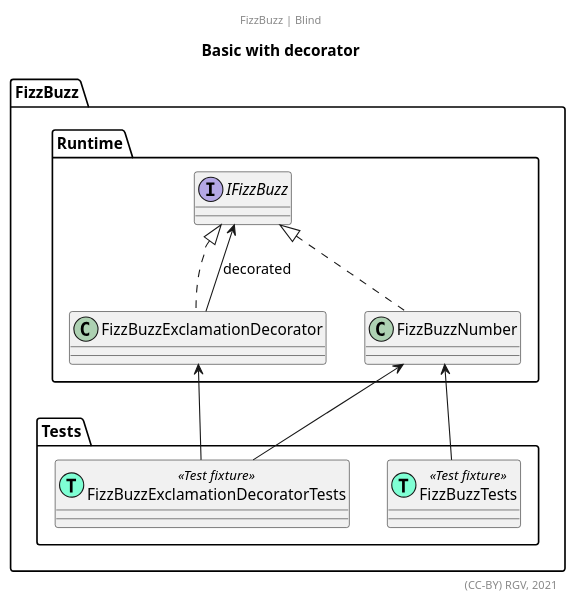
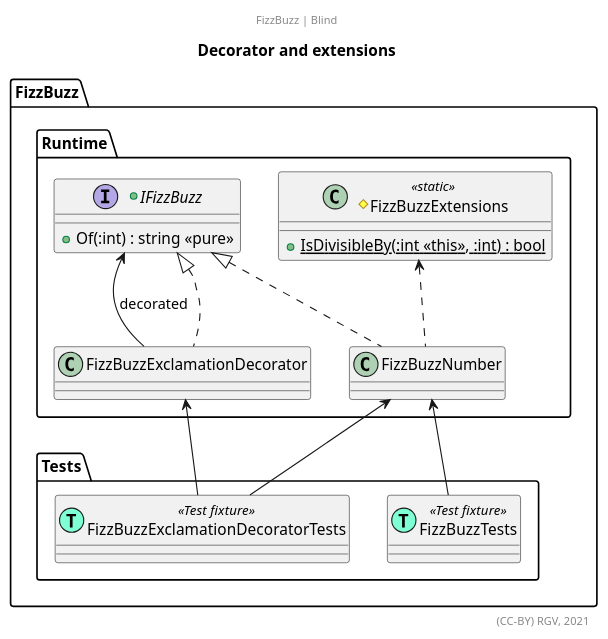
One commit to RicardoGuzmanVelasco/TDDpraxis changed the diagram in Assets/FizzBuzz/Documentation~/Relationships.puml. Above: the diagram before and after it, drawn with PlantUML. The commit also changed 6 other files, not shown here.

Commit message:
FizzBuzz | Blind | DivisibleBy is extension method

```diff
--- a/Assets/FizzBuzz/Documentation~/Relationships.puml
+++ b/Assets/FizzBuzz/Documentation~/Relationships.puml
@@ -1,36 +1,43 @@
 @startuml
-title Basic with decorator
+title Decorator and extensions
 center header FizzBuzz | Blind
 '''''''''''''
 allowmixing
 '''''''''''''
 
 namespace FizzBuzz.Runtime{
     
-    interface IFizzBuzz
+    #class FizzBuzzExtensions <<static>> {
+        +{static}IsDivisibleBy(:int <<this>>, :int) : bool
+    }
+    
+    +interface IFizzBuzz{
+        +Of(:int) : string <<pure>>
+    }
     
     class FizzBuzzNumber
     class FizzBuzzExclamationDecorator
     
     IFizzBuzz <|.. FizzBuzzNumber
     IFizzBuzz <|.. FizzBuzzExclamationDecorator
     
+    FizzBuzzNumber .u.> FizzBuzzExtensions
     FizzBuzzExclamationDecorator -u-> IFizzBuzz : decorated
 }
 
 namespace FizzBuzz.Tests{
     
     class FizzBuzzTests <<(T, aquamarine) Test fixture>>
     class FizzBuzzExclamationDecoratorTests <<(T, aquamarine) Test fixture>>
 
     FizzBuzzTests -u-> FizzBuzz.Runtime.FizzBuzzNumber
     
     FizzBuzzExclamationDecoratorTests -u-> FizzBuzz.Runtime.FizzBuzzNumber
     FizzBuzzExclamationDecoratorTests -u-> FizzBuzz.Runtime.FizzBuzzExclamationDecorator
 }
 
 
 '''''''''''''
 '''''''''''''
 right footer (CC-BY) RGV, 2021
 @enduml
```
